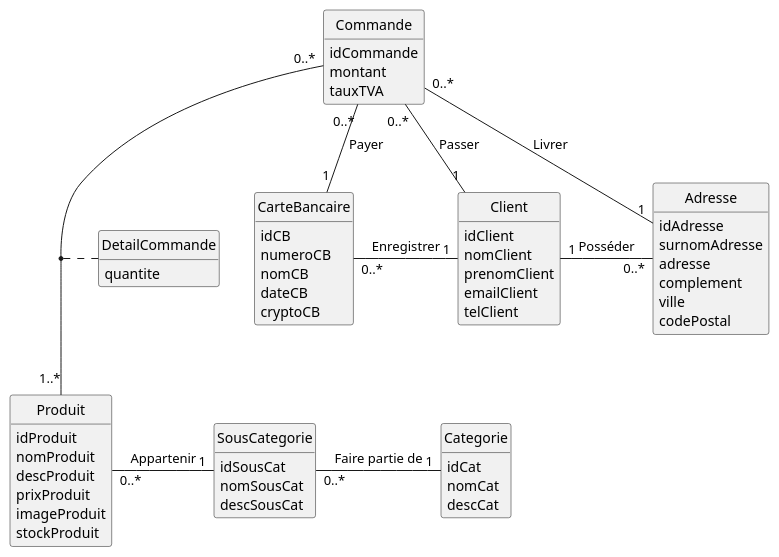
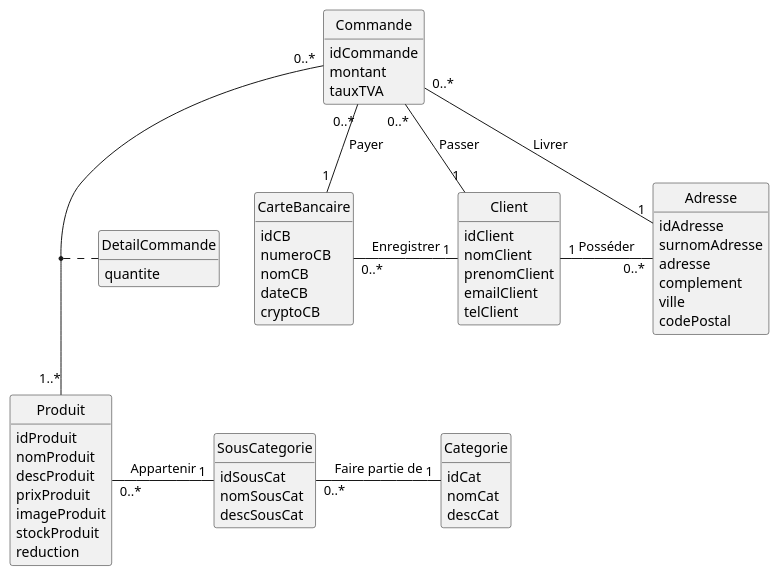
One commit to IUT-Blagnac/sae3-01-devapp-g2a-9 changed the diagram in bd/dc.plantuml. Above: the diagram before and after it, drawn with PlantUML.

Commit message:
ajout reduction produit

```diff
--- a/bd/dc.plantuml
+++ b/bd/dc.plantuml
@@ -1,63 +1,64 @@
 @startuml
 class Produit{
     idProduit
     nomProduit
     descProduit
     prixProduit
     imageProduit
     stockProduit
+    reduction
 }
 class Categorie{
     idCat
     nomCat
     descCat
 }
 class SousCategorie{
     idSousCat
     nomSousCat
     descSousCat
 }
 class DetailCommande{
     quantite    
 }
 class Commande{
     idCommande
     montant
     tauxTVA
 }
 class Client{
     idClient
     nomClient
     prenomClient
     emailClient
     telClient
 }
 class Adresse{
     idAdresse
     surnomAdresse
     adresse
     complement
     ville
     codePostal
 }
 class CarteBancaire{
     idCB
     numeroCB
     nomCB
     dateCB
     cryptoCB
 }
 
 Produit "0..*" - "1" SousCategorie : Appartenir
 SousCategorie "0..*" - "1" Categorie : Faire partie de
 Commande "0..*" -- "1..*" Produit
 (Commande, Produit) .. DetailCommande
 Commande "0..*" -- "1" Client : Passer
 Client "1" - "0..*" Adresse : Posséder
 CarteBancaire "0..*" - "1" Client : Enregistrer
 Commande "0..*" -- "1" CarteBancaire : Payer
 Commande "0..*" - "1" Adresse : Livrer
 
 hide empty methods
 hide circle
 @enduml
```
